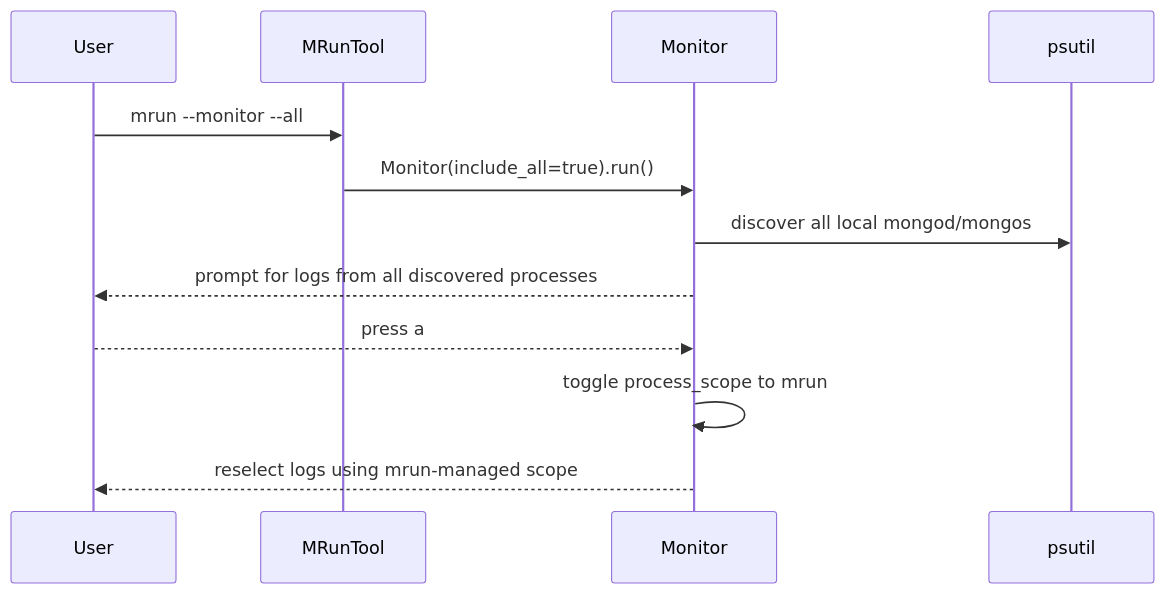
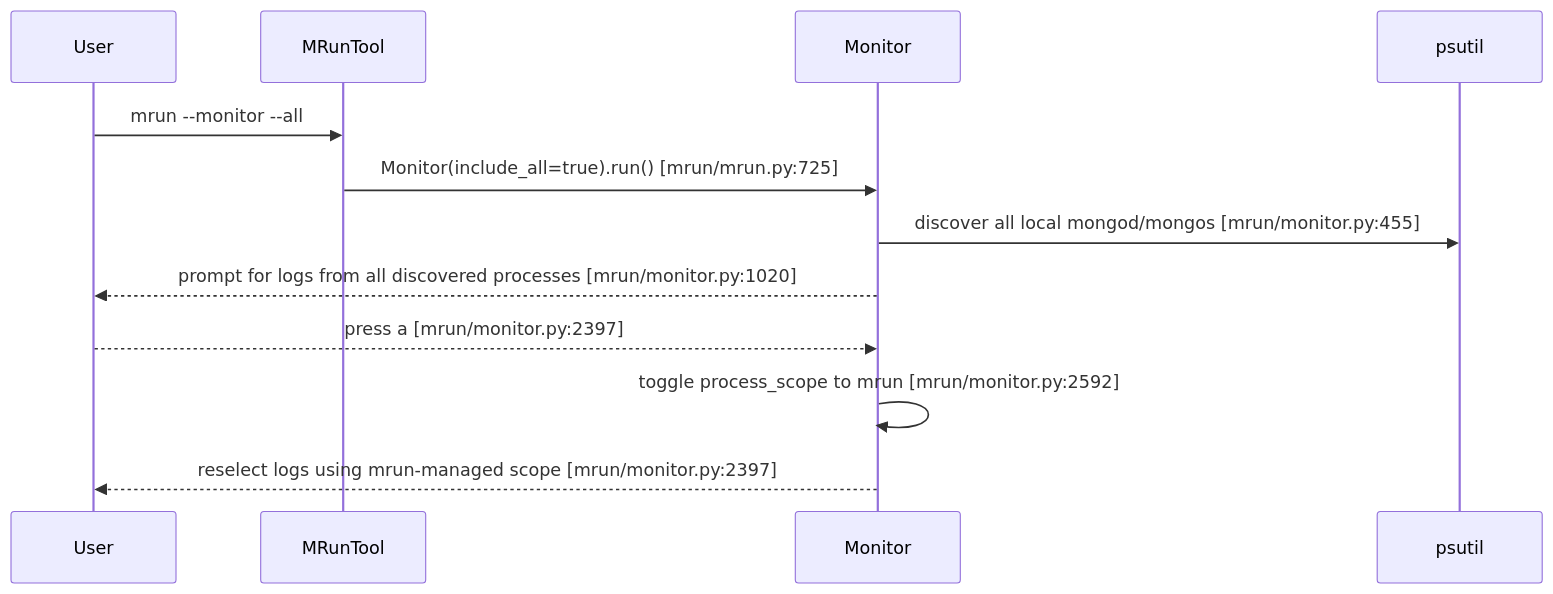
Before and after one commit to mongodb/mlaunch: the second of 10 diagrams in doc/feature-monitor-guide.md, drawn with Mermaid. The commit also changed other lines of this file and 3 other files, not shown here.

````diff
--- a/doc/feature-monitor-guide.md
+++ b/doc/feature-monitor-guide.md
@@ -161,15 +165,15 @@
 ```mermaid
 sequenceDiagram
     participant User
     participant Tool as MRunTool
     participant Monitor as Monitor
     participant PS as psutil
 
     User->>Tool: mrun --monitor --all
-    Tool->>Monitor: Monitor(include_all=true).run()
-    Monitor->>PS: discover all local mongod/mongos
-    Monitor-->>User: prompt for logs from all discovered processes
-    User-->>Monitor: press a
-    Monitor->>Monitor: toggle process_scope to mrun
-    Monitor-->>User: reselect logs using mrun-managed scope
+    Tool->>Monitor: Monitor(include_all=true).run() [mrun/mrun.py:725]
+    Monitor->>PS: discover all local mongod/mongos [mrun/monitor.py:455]
+    Monitor-->>User: prompt for logs from all discovered processes [mrun/monitor.py:1020]
+    User-->>Monitor: press a [mrun/monitor.py:2397]
+    Monitor->>Monitor: toggle process_scope to mrun [mrun/monitor.py:2592]
+    Monitor-->>User: reselect logs using mrun-managed scope [mrun/monitor.py:2397]
 ```
````
